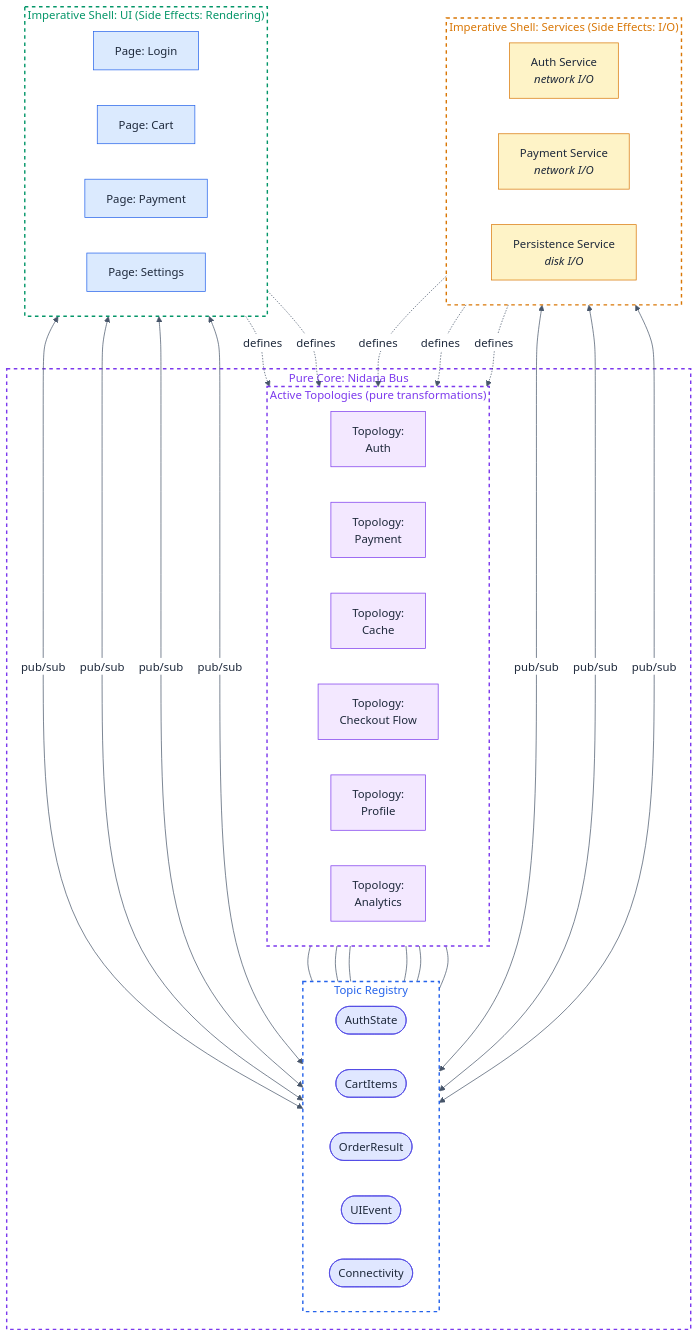
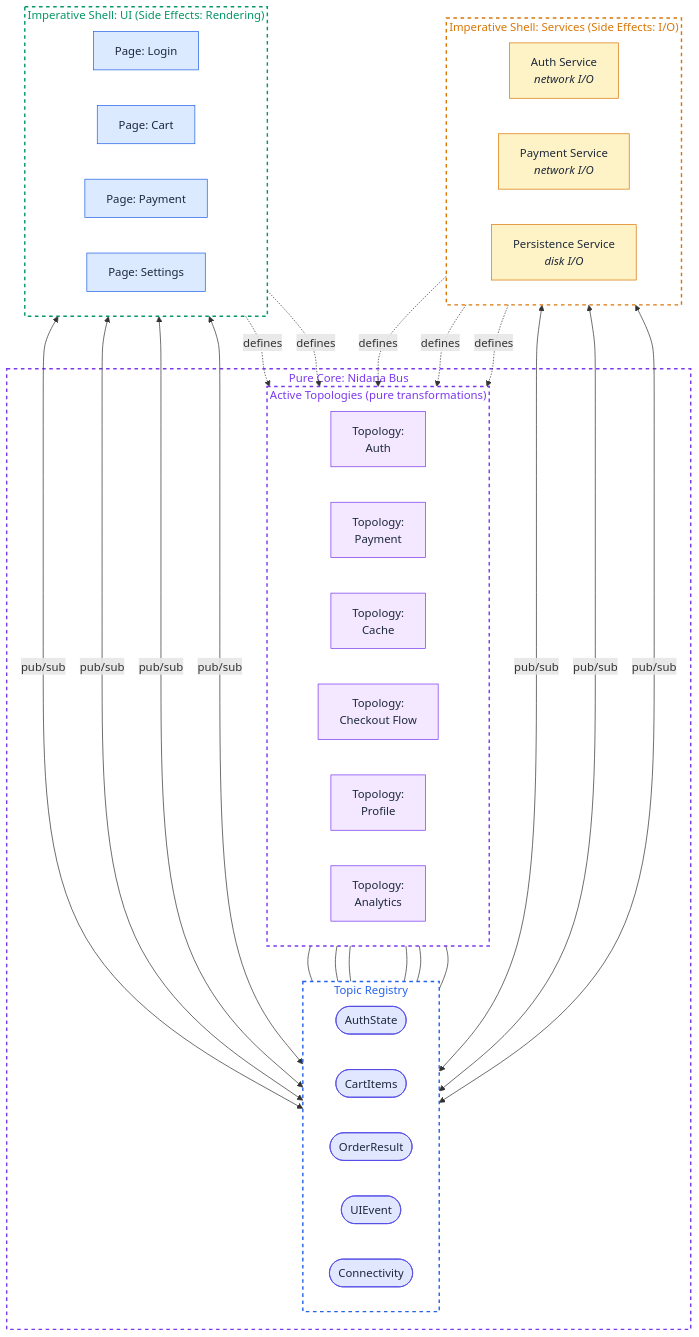
The first of 9 diagrams in docs/nidana-bus-ref-arch-v0_8.md (Samsara-Stream/nidana-bus-dart), drawn with Mermaid before and after one commit. The commit also changed other lines of this file and 1 other file, not shown here.

Commit message:
fix mermaid for github, symlink

````diff
--- a/docs/nidana-bus-ref-arch-v0_8.md
+++ b/docs/nidana-bus-ref-arch-v0_8.md
@@ -497,5 +497,4 @@
 ```mermaid
-%%{init:{'theme':'base','themeVariables':{'primaryTextColor':'#1e293b','lineColor':'#475569','edgeLabelBackground':'#ffffff','tertiaryTextColor':'#1e293b'}}}%%
 graph TB
     subgraph SHELL_UPPER ["Imperative Shell: Services (Side Effects: I/O)"]
         direction LR
````
